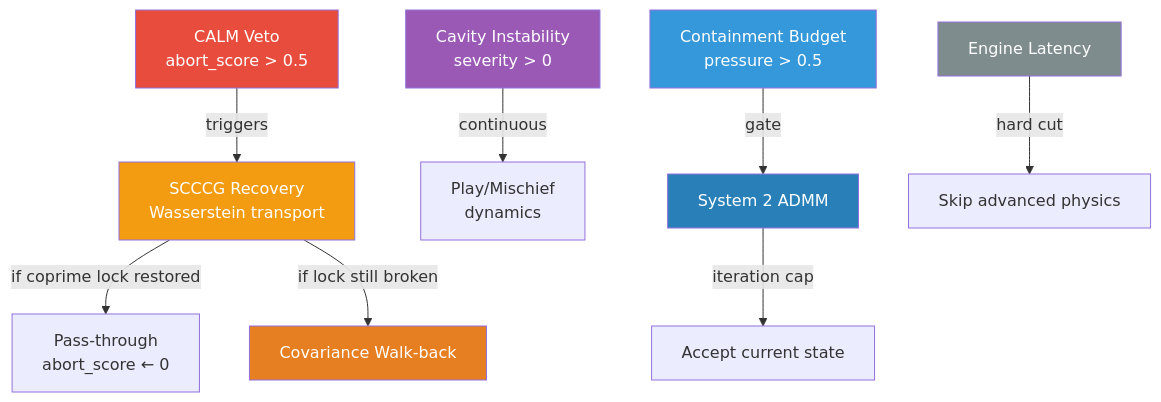
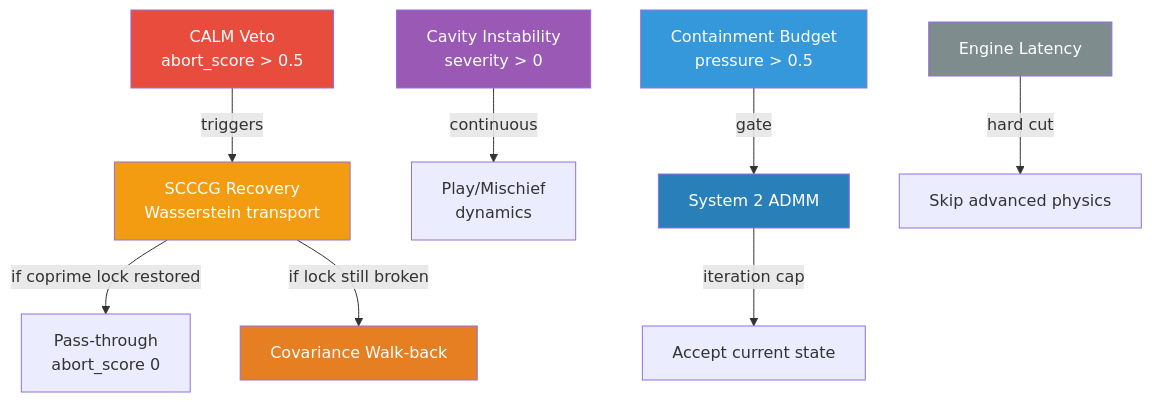
One commit to ZenoNex/Gyroidic-Sparse-Covariance-Flux-Reasoner changed the diagram in docs/VETO_SUBSPACE_ARCHITECTURE.md. Above: the diagram before and after it, drawn with Mermaid. The commit also changed other lines of this file, not shown here.

First line of the commit message:
Update Veto Subspace Architecture documentation

````diff
--- a/docs/VETO_SUBSPACE_ARCHITECTURE.md
+++ b/docs/VETO_SUBSPACE_ARCHITECTURE.md
@@ -60,21 +60,21 @@
 ```mermaid
 graph TB
     CALM["CALM Veto<br/>abort_score > 0.5"] -->|triggers| SCCCG["SCCCG Recovery<br/>Wasserstein transport"]
-    SCCCG -->|if coprime lock restored| PASS["Pass-through<br/>abort_score ← 0"]
+    SCCCG -->|if coprime lock restored| PASS["Pass-through<br/>abort_score  0"]
     SCCCG -->|if lock still broken| COV["Covariance Walk-back"]
     
     CAV["Cavity Instability<br/>severity > 0"] -->|continuous| PLAY["Play/Mischief<br/>dynamics"]
     
     CONT["Containment Budget<br/>pressure > 0.5"] -->|gate| ADMM["System 2 ADMM"]
     ADMM -->|iteration cap| ACCEPT["Accept current state"]
     
     ENG["Engine Latency"] -->|hard cut| SKIP["Skip advanced physics"]
     
     style CALM fill:#e74c3c,color:#fff
     style SCCCG fill:#f39c12,color:#fff
     style COV fill:#e67e22,color:#fff
     style CAV fill:#9b59b6,color:#fff
     style CONT fill:#3498db,color:#fff
     style ADMM fill:#2980b9,color:#fff
     style ENG fill:#7f8c8d,color:#fff
 ```
````
